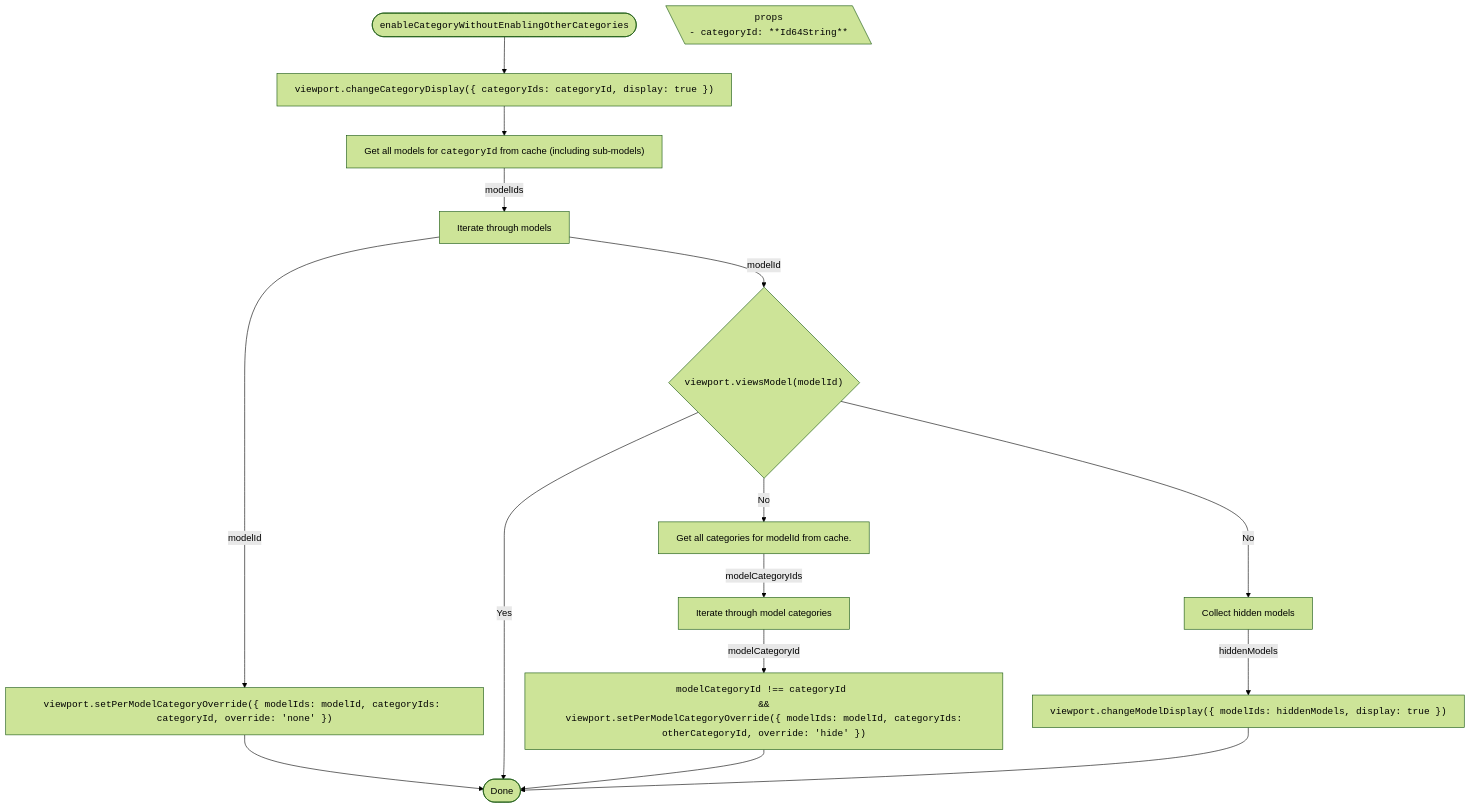
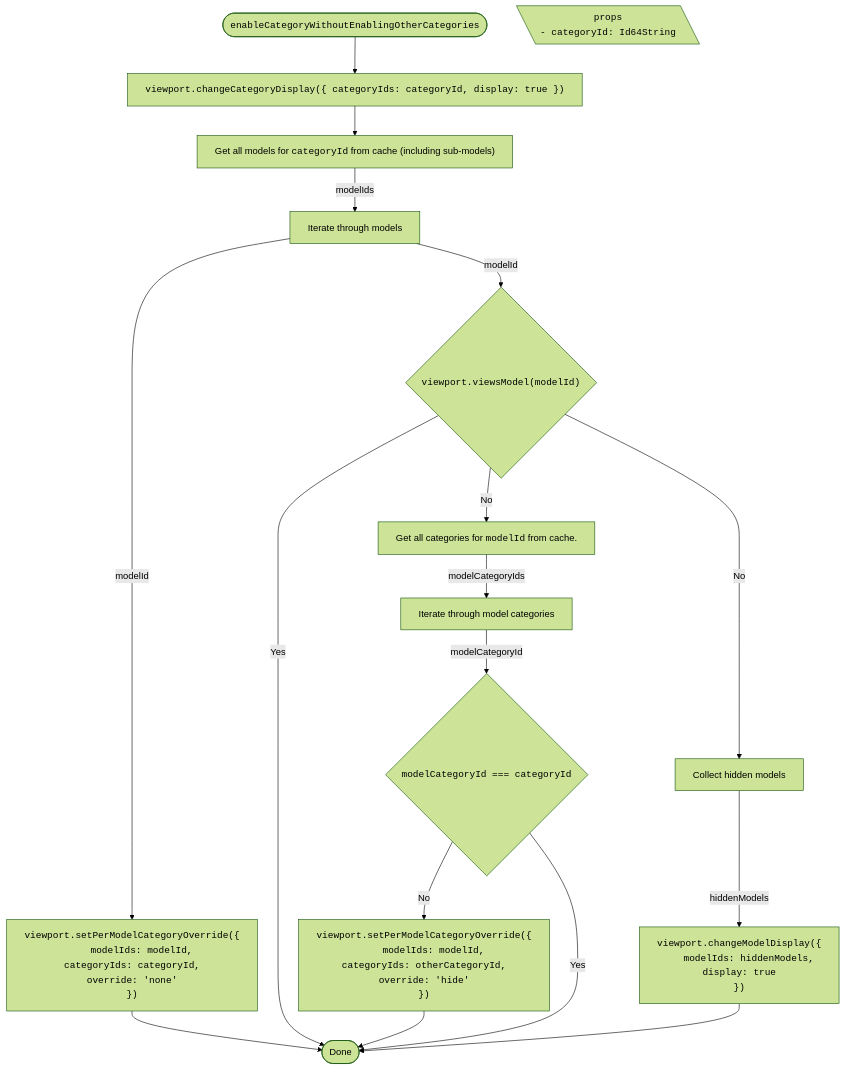
Before and after one commit to iTwin/viewer-components-react: the fourth of 4 diagrams in packages/itwin/tree-widget/docs/CategoriesTreeVisibilityHandling.md, drawn with Mermaid (forest theme). The commit also changed other lines of this file and 4 other files, not shown here.

````diff
--- a/packages/itwin/tree-widget/docs/CategoriesTreeVisibilityHandling.md
+++ b/packages/itwin/tree-widget/docs/CategoriesTreeVisibilityHandling.md
@@ -124,35 +139,48 @@
 ```mermaid
 ---
 config:
   flowchart:
     wrappingWidth: 750
     useMaxWidth: false
 ---
 
 flowchart TD
   RESULT_Done([Done])
 
   %% Start
   TITLE(["<code>enableCategoryWithoutEnablingOtherCategories</code>"]) --> A["<code>viewport.changeCategoryDisplay({ categoryIds: categoryId, display: true })</code>"]
 
   PROPS[\"
     <code>props</code>
-    <code style='text-align: left;'>- categoryId: **Id64String**</code>
+    <code style='text-align: left;'>- categoryId: Id64String</code>
   "\]
 
   A --> B["Get all models for <code>categoryId</code> from cache (including sub-models)"]
   B -- modelIds --> C["Iterate through models"]
-  C -- modelId --> D1["<code>viewport.setPerModelCategoryOverride({ modelIds: modelId, categoryIds: categoryId, override: 'none' })</code>"]
+  C -- modelId --> D1["<code style='text-align: left;'>viewport.setPerModelCategoryOverride({
+    <code style='padding-left: 2rem'>modelIds: modelId,
+    categoryIds: categoryId,
+    override: 'none'</code>
+  })</code>"]
   C -- modelId --> D2{"<code>viewport.viewsModel(modelId)</code>"}
 
   D1 --> RESULT_Done
 
   D2 -- Yes --> RESULT_Done
-  D2 -- No --> E1["Get all categories for modelId from cache."]
+  D2 -- No --> E1["Get all categories for <code>modelId</code> from cache."]
   D2 -- No --> E2["Collect hidden models"]
   E1 -- modelCategoryIds --> F["Iterate through model categories"]
-  F -- modelCategoryId --> G["<code>modelCategoryId !== categoryId <br/> && <br/> viewport.setPerModelCategoryOverride({ modelIds: modelId, categoryIds: otherCategoryId, override: 'hide' })</code>"]
-  G --> RESULT_Done
-  E2 -- hiddenModels --> H["<code>viewport.changeModelDisplay({ modelIds: hiddenModels, display: true })</code>"]
+  F -- modelCategoryId --> G{"<code>modelCategoryId === categoryId </code>"}
+  G -- No --> G1["<code style='text-align: left;'>viewport.setPerModelCategoryOverride({
+    <code style='padding-left: 2rem'>modelIds: modelId,
+    categoryIds: otherCategoryId,
+    override: 'hide'</code>
+    })</code>"]
+    G1 --> RESULT_Done
+  G -- Yes --> RESULT_Done
+  E2 -- hiddenModels --> H["<code style='text-align: left;'>viewport.changeModelDisplay({
+    <code style='padding-left: 2rem'>modelIds: hiddenModels,
+    display: true</code>
+  })</code>"]
   H --> RESULT_Done
 ```
````
